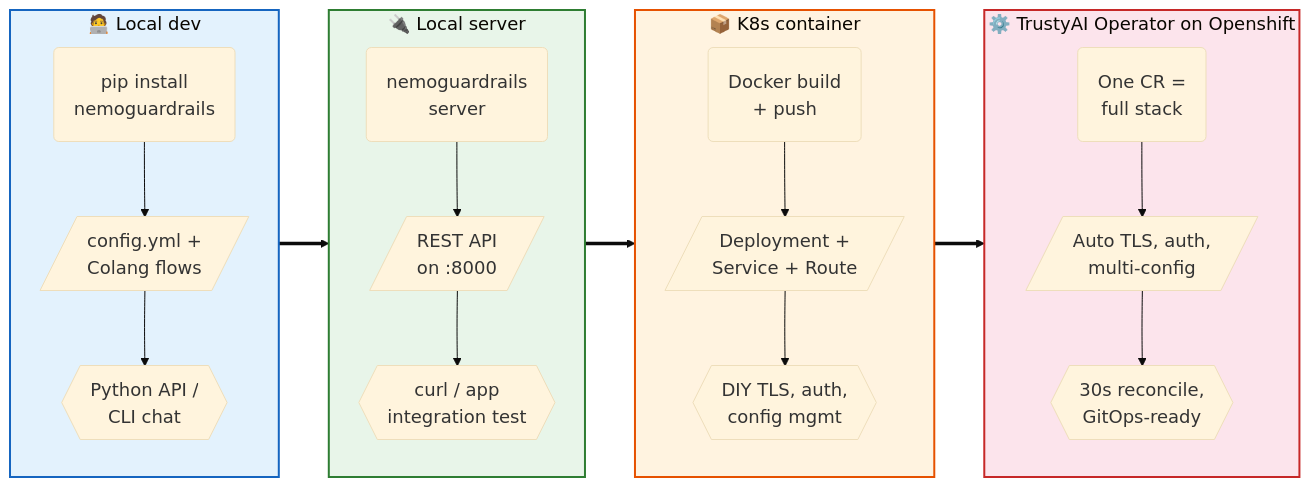
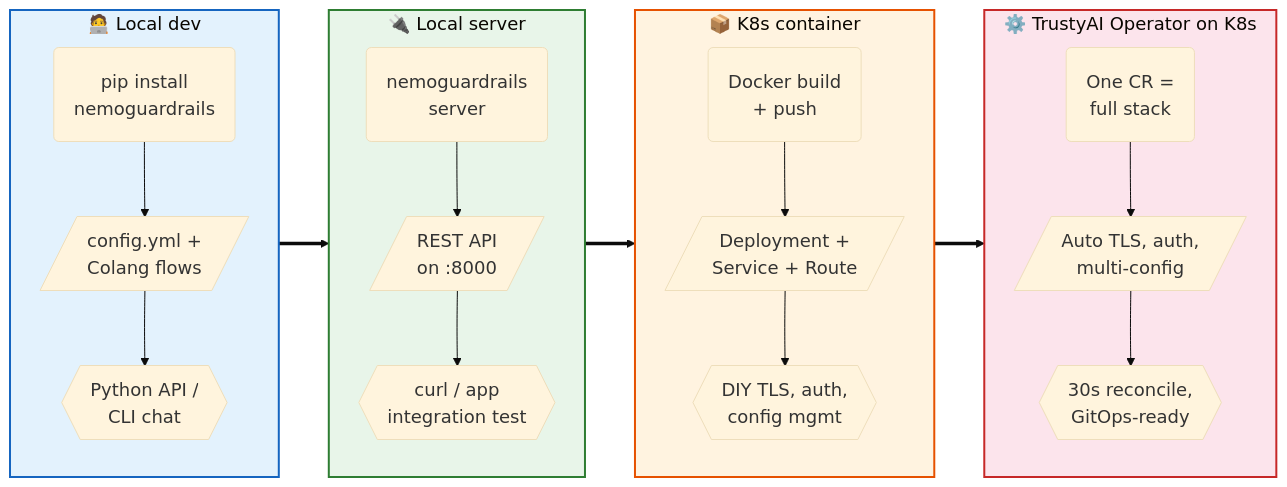
Before and after one commit to m-misiura/neds_presentation_july_26: the second of 4 diagrams in index.qmd, drawn with Mermaid. The commit also changed other lines of this file and 2 other files, not shown here.

````diff
--- a/index.qmd
+++ b/index.qmd
@@ -500,44 +492,44 @@
 ```{mermaid}
 %%| echo: false
 %%| fig-width: 14
 %%{init: {"theme": "base", "themeVariables": {"fontSize": "18px"}, "flowchart": {"nodeSpacing": 40, "rankSpacing": 50, "padding": 20, "useMaxWidth": false}}}%%
 flowchart LR
     subgraph S1["🧑‍💻 Local dev"]
         direction TB
         A1("pip install<br/>nemoguardrails")
         A2[/"config.yml +<br/>Colang flows"/]
         A3{{"Python API /<br/>CLI chat"}}
         A1 --> A2 --> A3
     end
 
     subgraph S2["🔌 Local server"]
         direction TB
         B1("nemoguardrails<br/>server")
         B2[/"REST API<br/>on :8000"/]
         B3{{"curl / app<br/>integration test"}}
         B1 --> B2 --> B3
     end
 
     subgraph S3["📦 K8s container"]
         direction TB
         C1("Docker build<br/>+ push")
         C2[/"Deployment +<br/>Service + Route"/]
         C3{{"DIY TLS, auth,<br/>config mgmt"}}
         C1 --> C2 --> C3
     end
 
-    subgraph S4["⚙️ TrustyAI Operator on Openshift"]
+    subgraph S4["⚙️ TrustyAI Operator on K8s"]
         direction TB
         D1("One CR =<br/>full stack")
         D2[/"Auto TLS, auth,<br/>multi-config"/]
         D3{{"30s reconcile,<br/>GitOps-ready"}}
         D1 --> D2 --> D3
     end
 
     S1 ==> S2 ==> S3 ==> S4
 
     style S1 fill:#e3f2fd,stroke:#1565c0,stroke-width:2px
     style S2 fill:#e8f5e9,stroke:#2e7d32,stroke-width:2px
     style S3 fill:#fff3e0,stroke:#e65100,stroke-width:2px
     style S4 fill:#fce4ec,stroke:#c62828,stroke-width:2px
 ```
````
